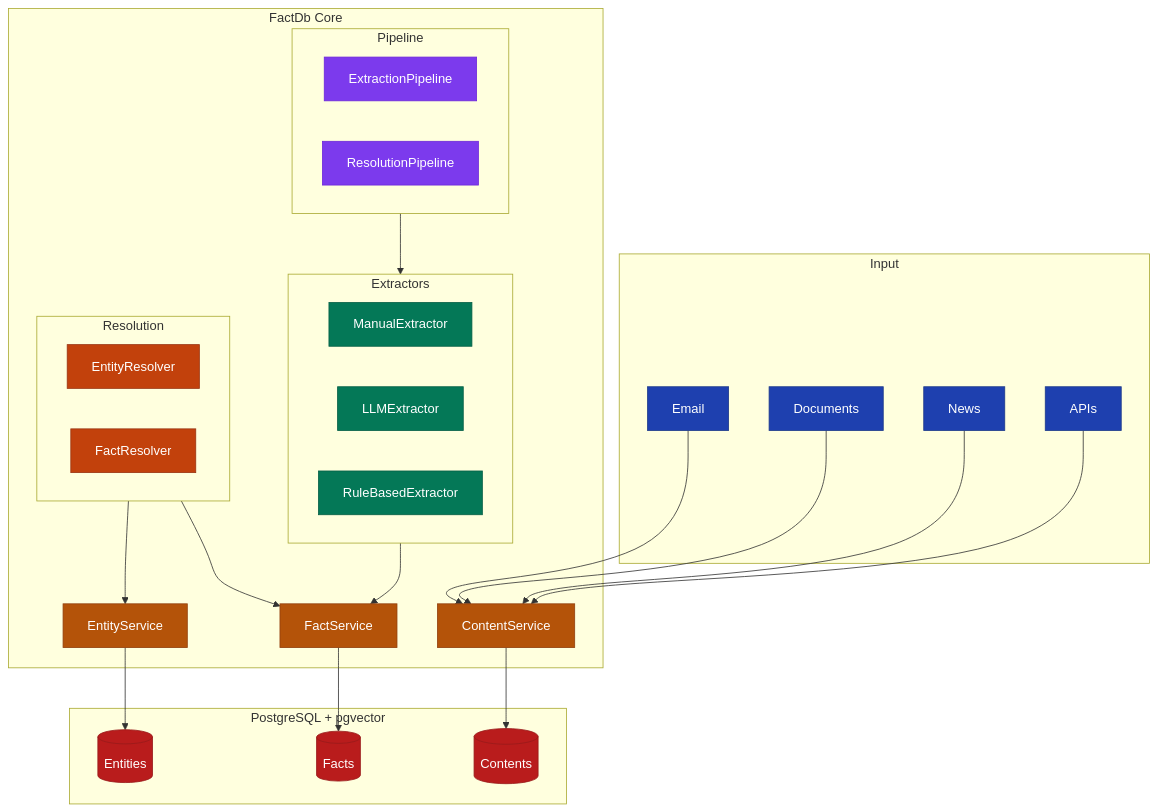
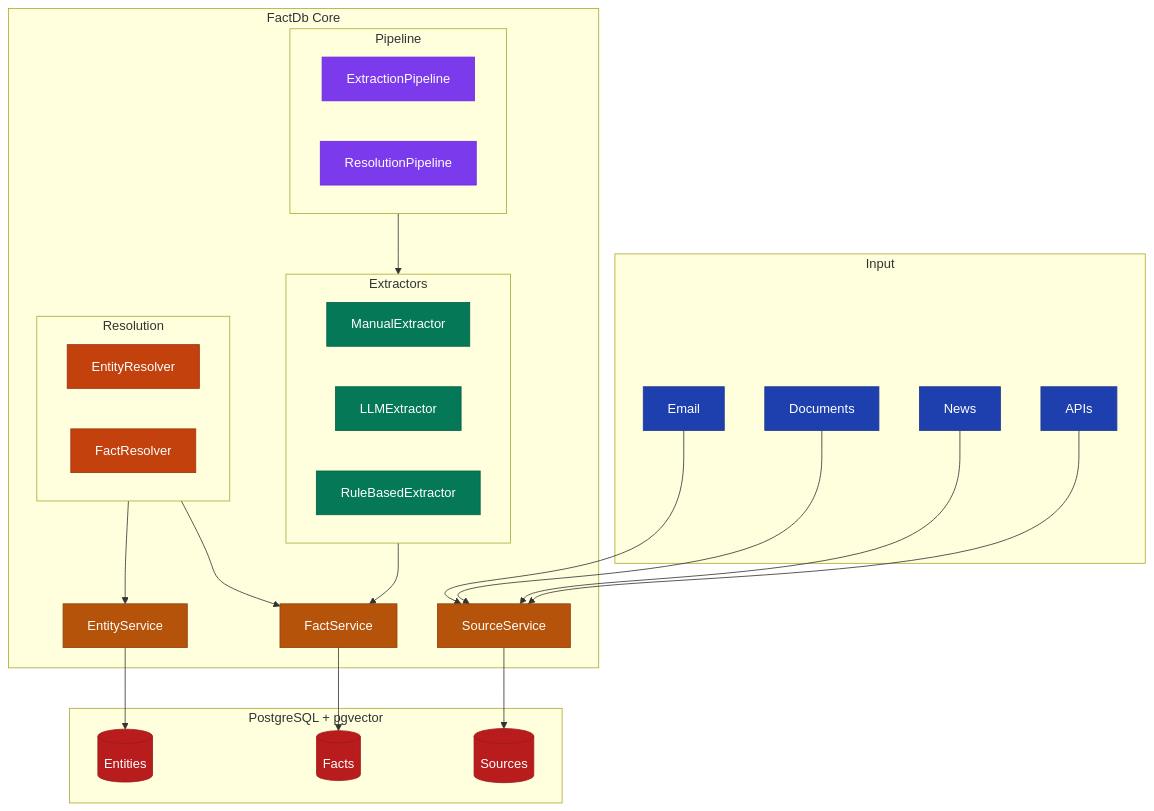
One commit to MadBomber/fact_db changed the diagram in docs/architecture/index.md. Above: the diagram before and after it, drawn with Mermaid. The commit also changed other lines of this file and 45 other files, not shown here.

First line of the commit message:
refactor(migration): rename contents table to sources with semantic column adjustments

````diff
--- a/docs/architecture/index.md
+++ b/docs/architecture/index.md
@@ -41,69 +41,69 @@
 ```mermaid
 graph TB
     subgraph Input
         Email[Email]
         Doc[Documents]
         News[News]
         API[APIs]
     end
 
     subgraph FactDb["FactDb Core"]
-        CS[ContentService]
+        SS[SourceService]
         ES[EntityService]
         FS[FactService]
 
         subgraph Extractors
             ME[ManualExtractor]
             LE[LLMExtractor]
             RE[RuleBasedExtractor]
         end
 
         subgraph Resolution
             ER[EntityResolver]
             FR[FactResolver]
         end
 
         subgraph Pipeline
             EP[ExtractionPipeline]
             RP[ResolutionPipeline]
         end
     end
 
     subgraph Storage["PostgreSQL + pgvector"]
-        Contents[(Contents)]
+        Sources[(Sources)]
         Entities[(Entities)]
         Facts[(Facts)]
     end
 
-    Email --> CS
-    Doc --> CS
-    News --> CS
-    API --> CS
+    Email --> SS
+    Doc --> SS
+    News --> SS
+    API --> SS
 
-    CS --> Contents
+    SS --> Sources
     ES --> Entities
     FS --> Facts
 
     Extractors --> FS
     Resolution --> ES
     Resolution --> FS
     Pipeline --> Extractors
 
     style Email fill:#1E40AF,stroke:#1E3A8A,color:#FFFFFF
     style Doc fill:#1E40AF,stroke:#1E3A8A,color:#FFFFFF
     style News fill:#1E40AF,stroke:#1E3A8A,color:#FFFFFF
     style API fill:#1E40AF,stroke:#1E3A8A,color:#FFFFFF
-    style CS fill:#B45309,stroke:#92400E,color:#FFFFFF
+    style SS fill:#B45309,stroke:#92400E,color:#FFFFFF
     style ES fill:#B45309,stroke:#92400E,color:#FFFFFF
     style FS fill:#B45309,stroke:#92400E,color:#FFFFFF
     style ME fill:#047857,stroke:#065F46,color:#FFFFFF
     style LE fill:#047857,stroke:#065F46,color:#FFFFFF
     style RE fill:#047857,stroke:#065F46,color:#FFFFFF
     style ER fill:#C2410C,stroke:#9A3412,color:#FFFFFF
     style FR fill:#C2410C,stroke:#9A3412,color:#FFFFFF
     style EP fill:#7C3AED,stroke:#6D28D9,color:#FFFFFF
     style RP fill:#7C3AED,stroke:#6D28D9,color:#FFFFFF
-    style Contents fill:#B91C1C,stroke:#991B1B,color:#FFFFFF
+    style Sources fill:#B91C1C,stroke:#991B1B,color:#FFFFFF
     style Entities fill:#B91C1C,stroke:#991B1B,color:#FFFFFF
     style Facts fill:#B91C1C,stroke:#991B1B,color:#FFFFFF
 ```
````
